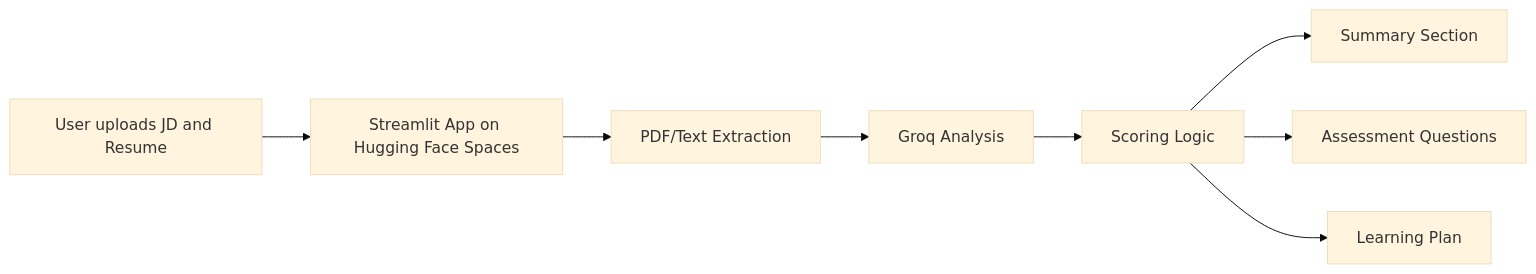
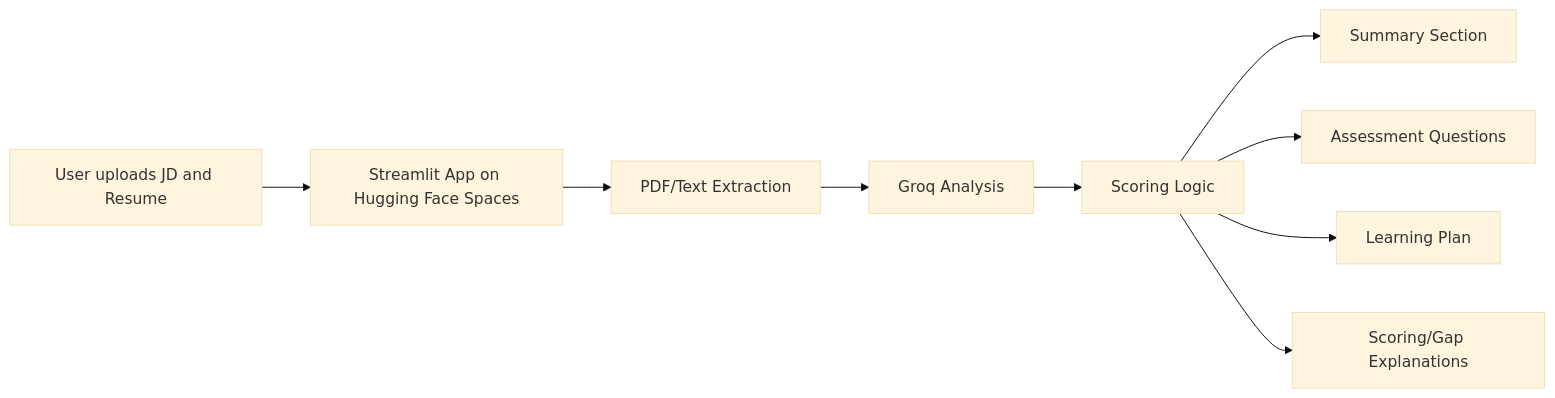
Before and after one commit to angelandy1909/skill-assessment-agent: the diagram in README.md, drawn with Mermaid (base theme). The commit also changed other lines of this file, not shown here.

````diff
--- a/README.md
+++ b/README.md
@@ -109,10 +147,11 @@
 ```mermaid
 flowchart LR
 A[User uploads JD and Resume] --> B[Streamlit App on Hugging Face Spaces]
 B --> C[PDF/Text Extraction]
 C --> D[Groq Analysis]
 D --> E[Scoring Logic]
 E --> F[Summary Section]
 E --> G[Assessment Questions]
 E --> H[Learning Plan]
+E --> I[Scoring/Gap Explanations]
 ```
````
